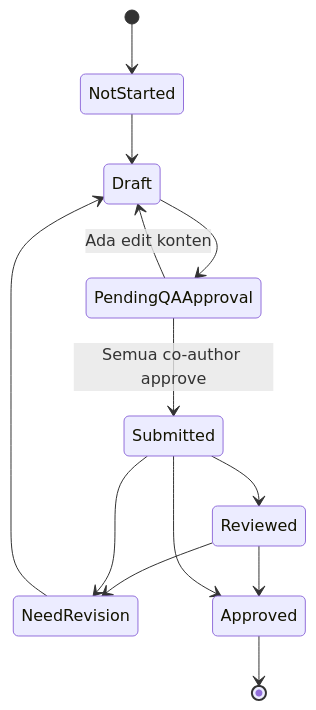
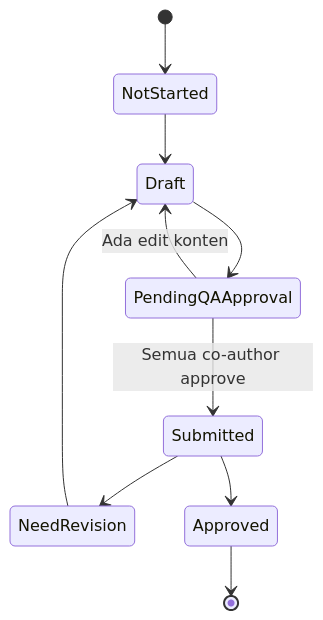
Before and after one commit to JoshParinussa/qa-management-app: the first of 2 diagrams in qa_member_management_app_prd.md, drawn with Mermaid. The commit also changed other lines of this file and 3 other files, not shown here.

````diff
--- a/qa_member_management_app_prd.md
+++ b/qa_member_management_app_prd.md
@@ -157,15 +159,12 @@
 ```mermaid
 stateDiagram-v2
     [*] --> NotStarted
     NotStarted --> Draft
     Draft --> PendingQAApproval
     PendingQAApproval --> Submitted: Semua co-author approve
     PendingQAApproval --> Draft: Ada edit konten
-    Submitted --> Reviewed
-    Reviewed --> NeedRevision
+    Submitted --> NeedRevision
     NeedRevision --> Draft
-    Reviewed --> Approved
-    Submitted --> NeedRevision
     Submitted --> Approved
     Approved --> [*]
 ```
````
